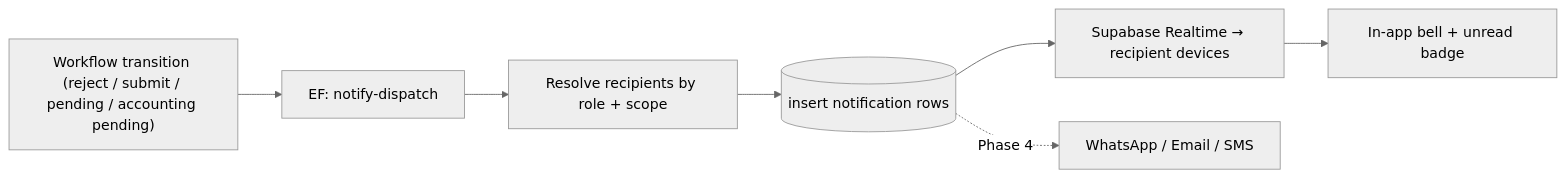
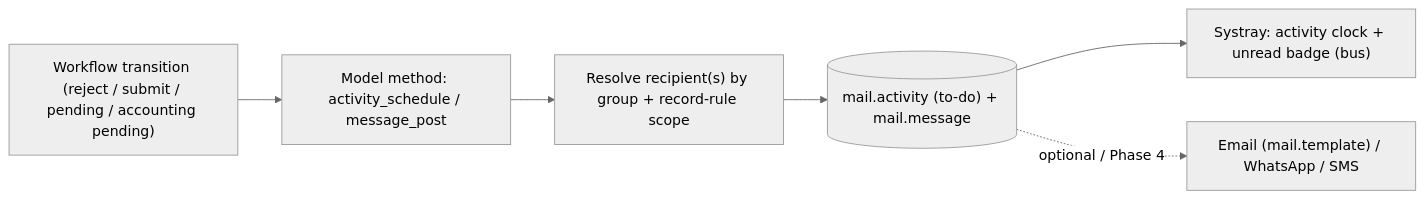
Before and after one commit to arunideen/branch-cash-management-system-odoo: the diagram in docs/diagrams/notification-flow.md, drawn with Mermaid (neutral theme). The commit also changed 53 other files, not shown here.

````diff
--- a/docs/diagrams/notification-flow.md
+++ b/docs/diagrams/notification-flow.md
@@ -5,9 +5,8 @@
 ```mermaid
 flowchart LR
-    T["Workflow transition (reject / submit / pending / accounting pending)"] --> EF["EF: notify-dispatch"]
-    EF --> RES["Resolve recipients by role + scope"]
-    RES --> INS[("insert notification rows")]
-    INS --> RT["Supabase Realtime → recipient devices"]
-    RT --> UI["In-app bell + unread badge"]
-    INS -.->|Phase 4| EXT["WhatsApp / Email / SMS"]
+    T["Workflow transition (reject / submit / pending / accounting pending)"] --> M["Model method: activity_schedule / message_post"]
+    M --> RES["Resolve recipient(s) by group + record-rule scope"]
+    RES --> ACT[("mail.activity (to-do) + mail.message")]
+    ACT --> UI["Systray: activity clock + unread badge (bus)"]
+    ACT -.->|optional / Phase 4| EXT["Email (mail.template) / WhatsApp / SMS"]
 ```
````
